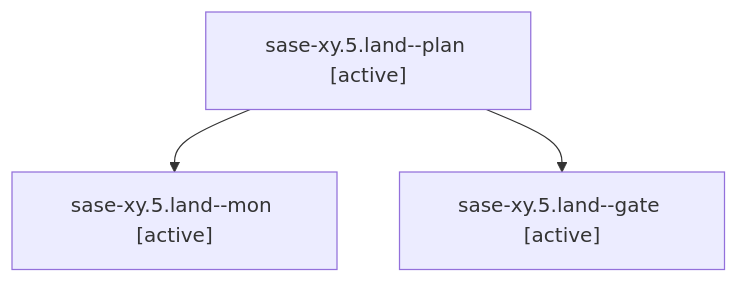
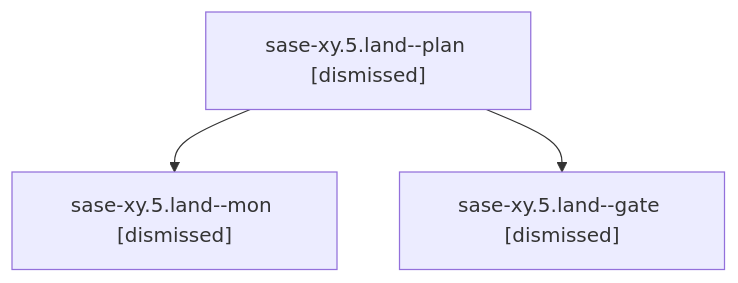
The diagram in sessions/bbugyi200.athena.sase-xy.5.land.md (sase-org/sase--agents), drawn with Mermaid before and after one commit. The commit also changed other lines of this file and 206 other files, not shown here.

````diff
--- a/sessions/bbugyi200.athena.sase-xy.5.land.md
+++ b/sessions/bbugyi200.athena.sase-xy.5.land.md
@@ -9,8 +9,8 @@
 ```mermaid
 flowchart TD
-  n0["sase-xy.5.land--plan [active]"]
-  n1["sase-xy.5.land--mon [active]"]
+  n0["sase-xy.5.land--plan [dismissed]"]
+  n1["sase-xy.5.land--mon [dismissed]"]
   n0 --> n1
-  n2["sase-xy.5.land--gate [active]"]
+  n2["sase-xy.5.land--gate [dismissed]"]
   n0 --> n2
 ```
````
